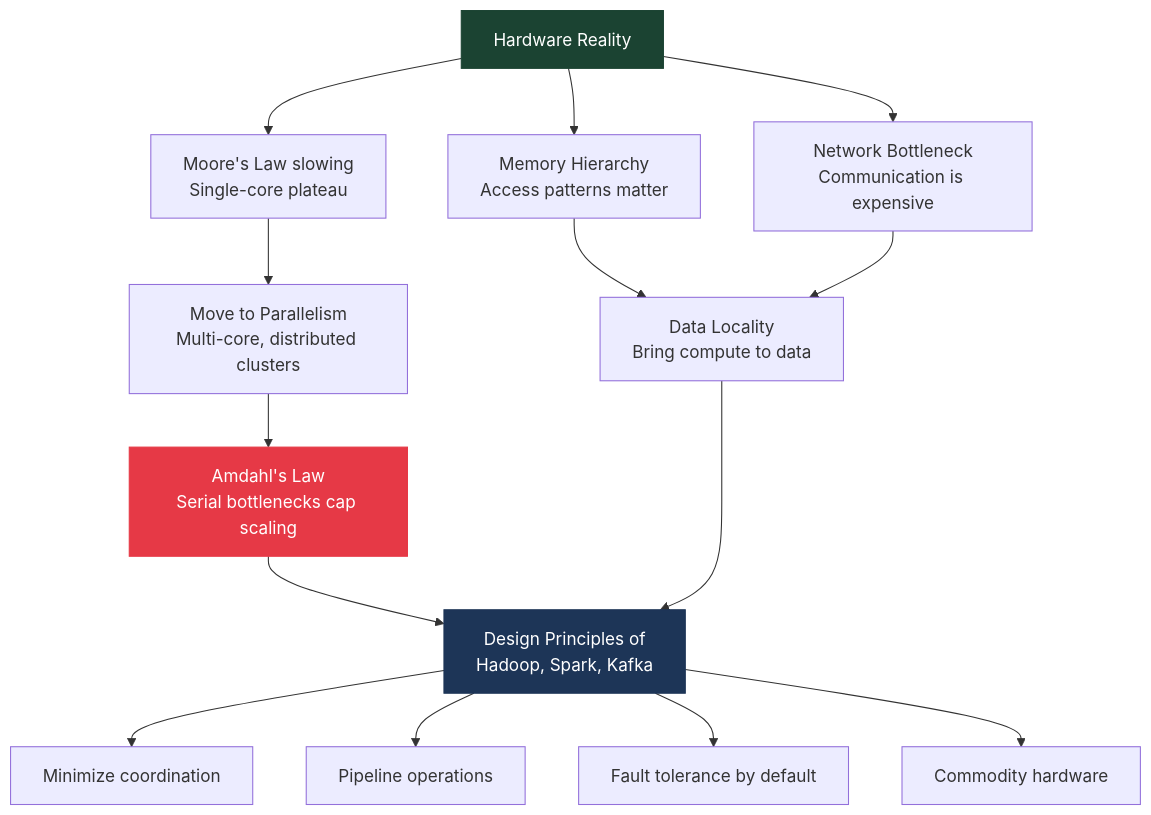
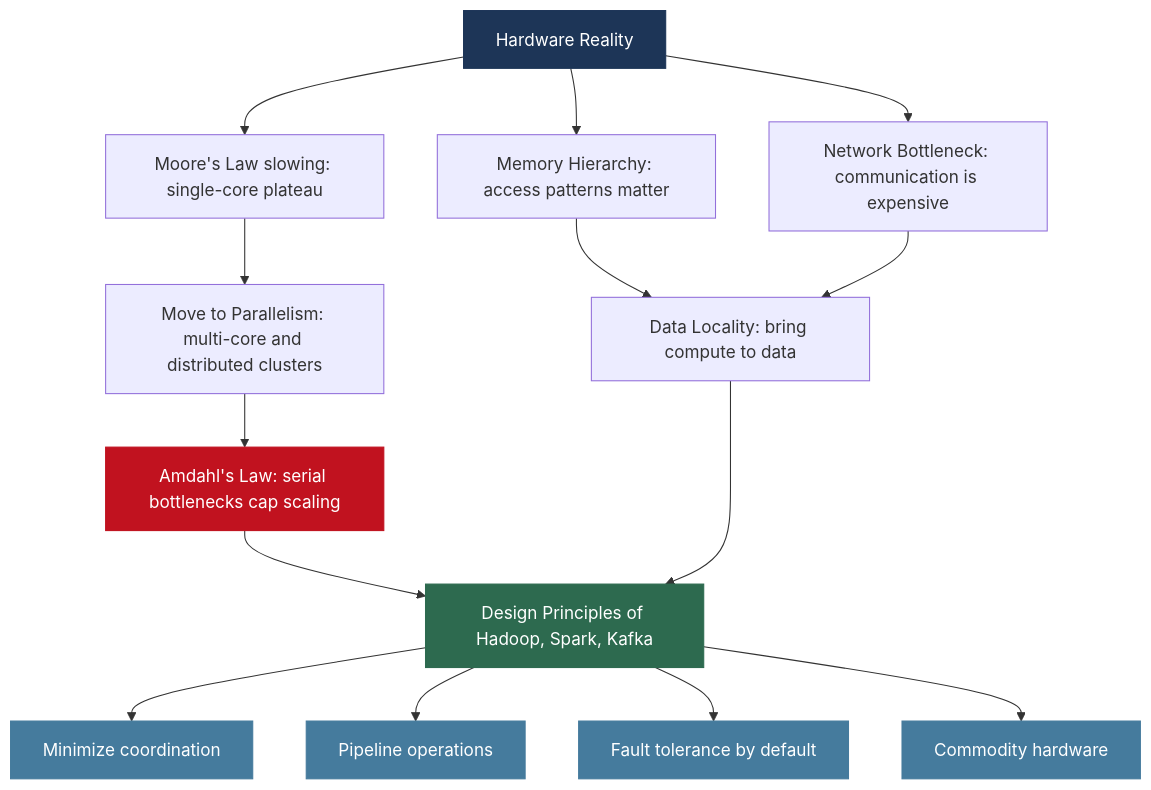
One commit to MuhammadTahaNasir/Big-Data-Analytics-Notes changed diagram 14 of 14 in Week1/Lecture2_Hardware_Moores_Amdahls.md. Above: the diagram before and after it, drawn with Mermaid. The commit also changed other lines of this file, not shown here.

First line of the commit message:
Add Lecture 2: Hardware Reality and Performance Laws

````diff
--- a/Week1/Lecture2_Hardware_Moores_Amdahls.md
+++ b/Week1/Lecture2_Hardware_Moores_Amdahls.md
@@ -434,23 +424,27 @@
 ```mermaid
 flowchart TD
-    HW["Hardware Reality"] --> ML["Moore's Law slowing\nSingle-core plateau"]
-    HW --> MH["Memory Hierarchy\nAccess patterns matter"]
-    HW --> NB["Network Bottleneck\nCommunication is expensive"]
+    HW[Hardware Reality] --> ML[Moore's Law slowing: single-core plateau]
+    HW --> MH[Memory Hierarchy: access patterns matter]
+    HW --> NB[Network Bottleneck: communication is expensive]
 
-    ML --> PAR["Move to Parallelism\nMulti-core, distributed clusters"]
-    MH --> LOC["Data Locality\nBring compute to data"]
+    ML --> PAR[Move to Parallelism: multi-core and distributed clusters]
+    MH --> LOC[Data Locality: bring compute to data]
     NB --> LOC
 
-    PAR --> AL["Amdahl's Law\nSerial bottlenecks cap scaling"]
-    AL --> DES["Design Principles of\nHadoop, Spark, Kafka"]
+    PAR --> AL[Amdahl's Law: serial bottlenecks cap scaling]
+    AL --> DES[Design Principles of Hadoop, Spark, Kafka]
     LOC --> DES
 
-    DES --> D1["Minimize coordination"]
-    DES --> D2["Pipeline operations"]
-    DES --> D3["Fault tolerance by default"]
-    DES --> D4["Commodity hardware"]
+    DES --> D1[Minimize coordination]
+    DES --> D2[Pipeline operations]
+    DES --> D3[Fault tolerance by default]
+    DES --> D4[Commodity hardware]
 
-    style HW fill:#1b4332,color:#fff,stroke:#1b4332
-    style DES fill:#1d3557,color:#fff,stroke:#1d3557
-    style AL fill:#e63946,color:#fff,stroke:#e63946
+    style HW fill:#1d3557,color:#fff,stroke:#1d3557
+    style AL fill:#c1121f,color:#fff,stroke:#c1121f
+    style DES fill:#2d6a4f,color:#fff,stroke:#2d6a4f
+    style D1 fill:#457b9d,color:#fff,stroke:#457b9d
+    style D2 fill:#457b9d,color:#fff,stroke:#457b9d
+    style D3 fill:#457b9d,color:#fff,stroke:#457b9d
+    style D4 fill:#457b9d,color:#fff,stroke:#457b9d
 ```
````
